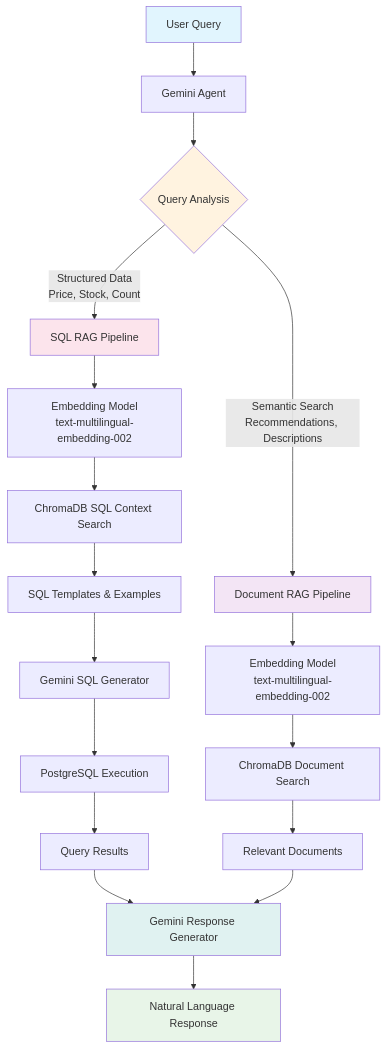
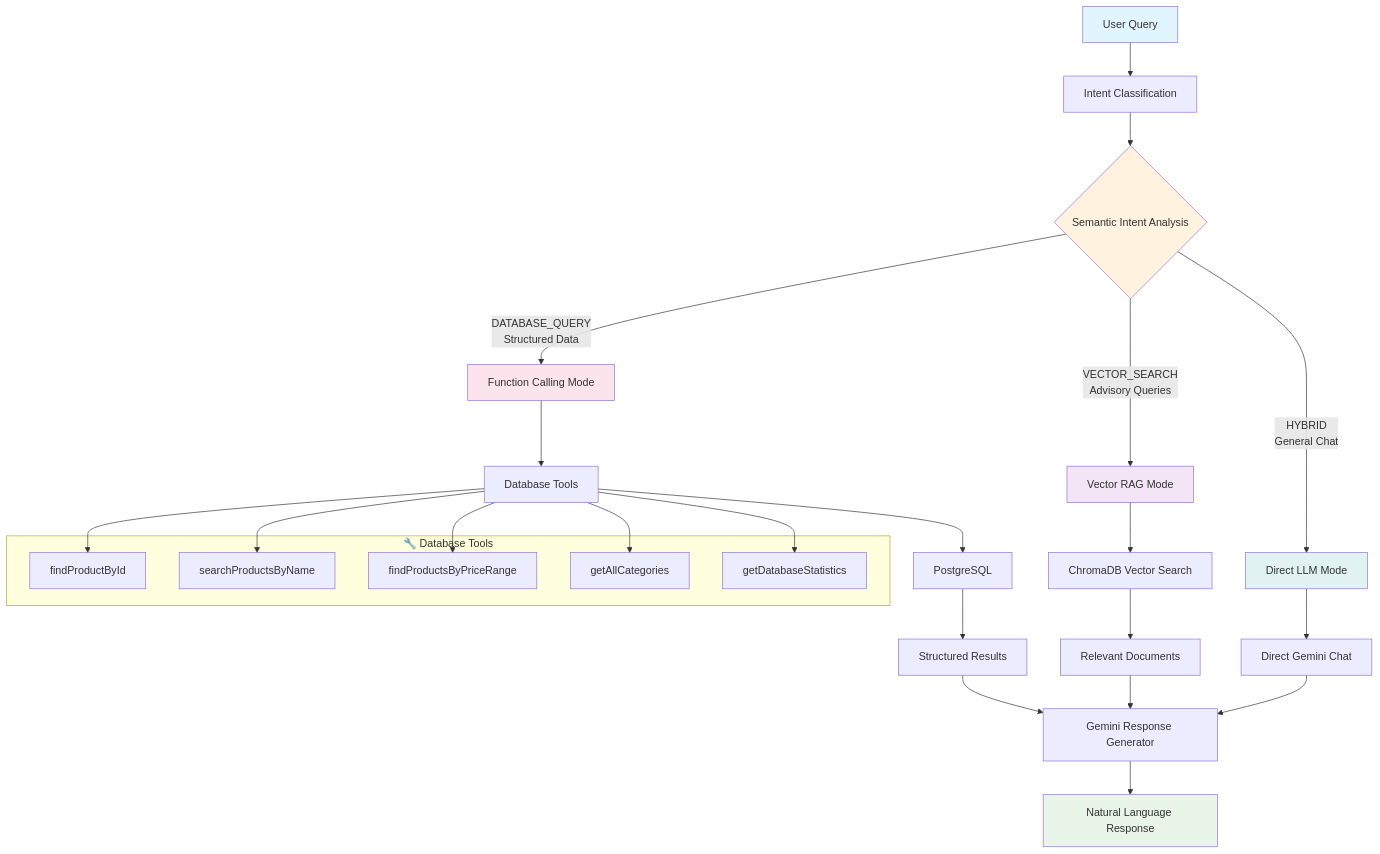
Before and after one commit to PhucVinhDEV/Lang4j: the diagram in README.md, drawn with Mermaid. The commit also changed other lines of this file and 3 other files, not shown here.

````diff
--- a/README.md
+++ b/README.md
@@ -27,32 +30,45 @@
 ```mermaid
 graph TB
-    A[User Query] --> B[Gemini Agent]
-    
-    B --> C{Query Analysis}
-    
-    C -->|Structured Data<br/>Price, Stock, Count| D[SQL RAG Pipeline]
-    C -->|Semantic Search<br/>Recommendations, Descriptions| E[Document RAG Pipeline]
-    
-    D --> F[Embedding Model<br/>text-multilingual-embedding-002]
-    F --> G[ChromaDB SQL Context Search]
-    G --> H[SQL Templates & Examples]
-    H --> I[Gemini SQL Generator]
-    I --> J[PostgreSQL Execution]
-    J --> K[Query Results]
-    
-    E --> L[Embedding Model<br/>text-multilingual-embedding-002]
-    L --> M[ChromaDB Document Search]
-    M --> N[Relevant Documents]
-    
-    K --> O[Gemini Response Generator]
-    N --> O
-    
-    O --> P[Natural Language Response]
-    
+    A[User Query] --> B[Intent Classification]
+    B --> C{Semantic Intent Analysis}
+
+    C -->|DATABASE_QUERY<br/>Structured Data| D[Function Calling Mode]
+    C -->|VECTOR_SEARCH<br/>Advisory Queries| E[Vector RAG Mode]
+    C -->|HYBRID<br/>General Chat| F[Direct LLM Mode]
+
+    D --> G[Database Tools]
+    G --> H[PostgreSQL]
+    H --> I[Structured Results]
+
+    E --> J[ChromaDB Vector Search]
+    J --> K[Relevant Documents]
+
+    F --> L[Direct Gemini Chat]
+
+    I --> M[Gemini Response Generator]
+    K --> M
+    L --> M
+
+    M --> N[Natural Language Response]
+
+    subgraph "🔧 Database Tools"
+        G1[findProductById]
+        G2[searchProductsByName]
+        G3[findProductsByPriceRange]
+        G4[getAllCategories]
+        G5[getDatabaseStatistics]
+    end
+
+    G --> G1
+    G --> G2
+    G --> G3
+    G --> G4
+    G --> G5
+
     style A fill:#e1f5fe
-    style P fill:#e8f5e8
+    style N fill:#e8f5e8
     style C fill:#fff3e0
     style D fill:#fce4ec
     style E fill:#f3e5f5
-    style O fill:#e0f2f1
+    style F fill:#e0f2f1
 ```
````
